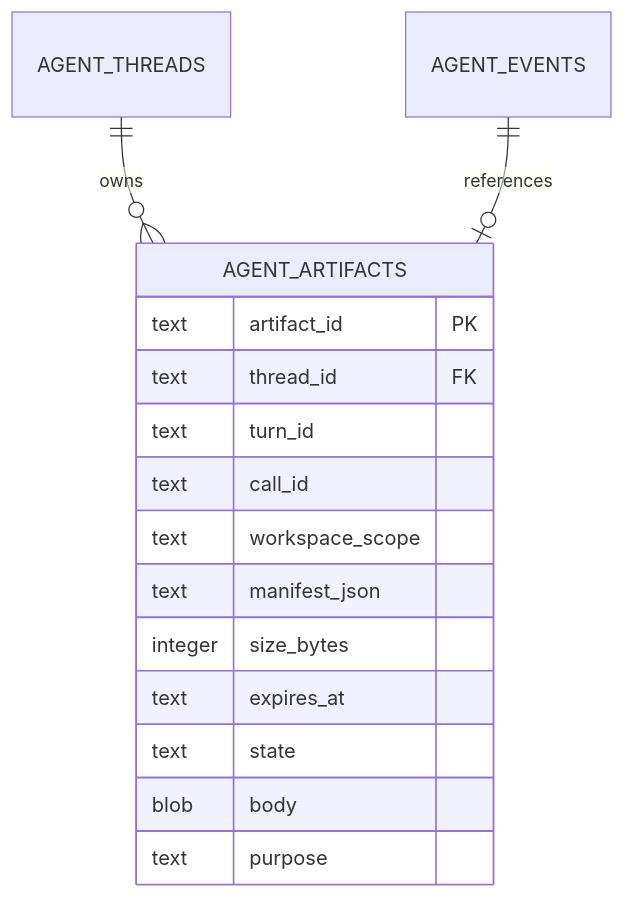
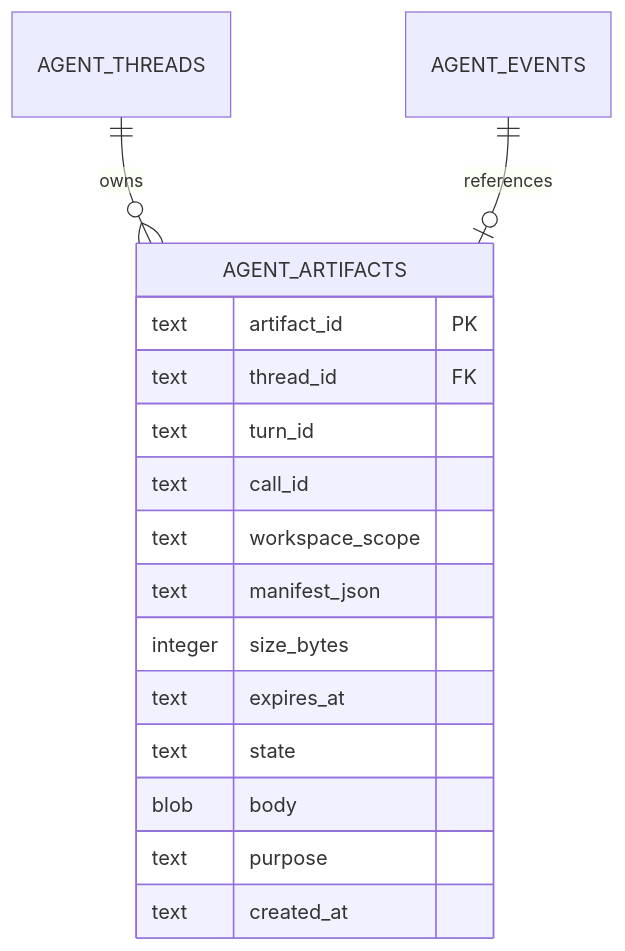
Before and after one commit to carrie1988/Harnessix: the third of 10 diagrams in docs/modules/artifacts.md, drawn with Mermaid. The commit also changed other lines of this file and 16 other files, not shown here.

````diff
--- a/docs/modules/artifacts.md
+++ b/docs/modules/artifacts.md
@@ -234,18 +236,19 @@
 ```mermaid
 erDiagram
     AGENT_THREADS ||--o{ AGENT_ARTIFACTS : owns
     AGENT_EVENTS ||--o| AGENT_ARTIFACTS : references
     AGENT_ARTIFACTS {
       text artifact_id PK
       text thread_id FK
       text turn_id
       text call_id
       text workspace_scope
       text manifest_json
       integer size_bytes
       text expires_at
       text state
       blob body
       text purpose
+      text created_at
     }
 ```
````
